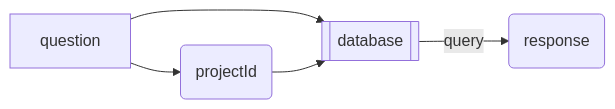
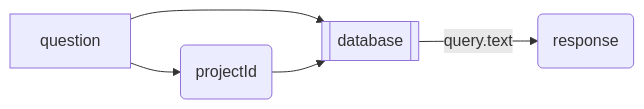
Before and after one commit to receptron/graphai: the second of 5 diagrams in packages/graphai/README.template.md, drawn with Mermaid. The commit also changed other lines of this file, not shown here.

````diff
--- a/packages/graphai/README.template.md
+++ b/packages/graphai/README.template.md
@@ -184,7 +184,7 @@
 ```mermaid
 flowchart LR
  question --> projectId(projectId)
  question --> database
  projectId --> database
- database[[database]] -- query --> response(response)
+ database[[database]] -- query.text --> response(response)
 ```
````
